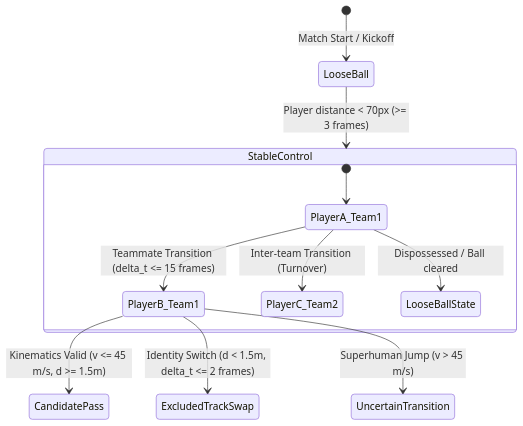
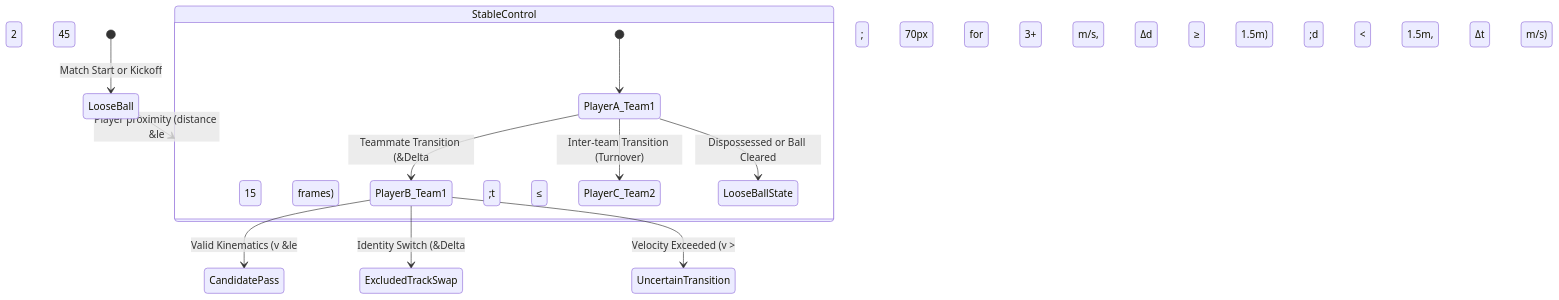
Before and after one commit to donaldng05/football-cv: the third of 3 diagrams in docs/architecture.md, drawn with Mermaid. The commit also changed other lines of this file and 9 other files, not shown here.

````diff
--- a/docs/architecture.md
+++ b/docs/architecture.md
@@ -116,16 +245,16 @@
 ```mermaid
 stateDiagram-v2
-    [*] --> LooseBall : Match Start / Kickoff
-    LooseBall --> StableControl : Player distance < 70px (>= 3 frames)
+    [*] --> LooseBall : Match Start or Kickoff
+    LooseBall --> StableControl : Player proximity (distance &le; 70px for 3+ frames)
     
     state StableControl {
         [*] --> PlayerA_Team1
-        PlayerA_Team1 --> PlayerB_Team1 : Teammate Transition (delta_t <= 15 frames)
+        PlayerA_Team1 --> PlayerB_Team1 : Teammate Transition (&Delta;t &le; 15 frames)
         PlayerA_Team1 --> PlayerC_Team2 : Inter-team Transition (Turnover)
-        PlayerA_Team1 --> LooseBallState : Dispossessed / Ball cleared
+        PlayerA_Team1 --> LooseBallState : Dispossessed or Ball Cleared
     }
 
-    PlayerB_Team1 --> CandidatePass : Kinematics Valid (v <= 45 m/s, d >= 1.5m)
-    PlayerB_Team1 --> ExcludedTrackSwap : Identity Switch (d < 1.5m, delta_t <= 2 frames)
-    PlayerB_Team1 --> UncertainTransition : Superhuman Jump (v > 45 m/s)
+    PlayerB_Team1 --> CandidatePass : Valid Kinematics (v &le; 45 m/s, &Delta;d &ge; 1.5m)
+    PlayerB_Team1 --> ExcludedTrackSwap : Identity Switch (&Delta;d &lt; 1.5m, &Delta;t &le; 2 frames)
+    PlayerB_Team1 --> UncertainTransition : Velocity Exceeded (v &gt; 45 m/s)
 ```
````
